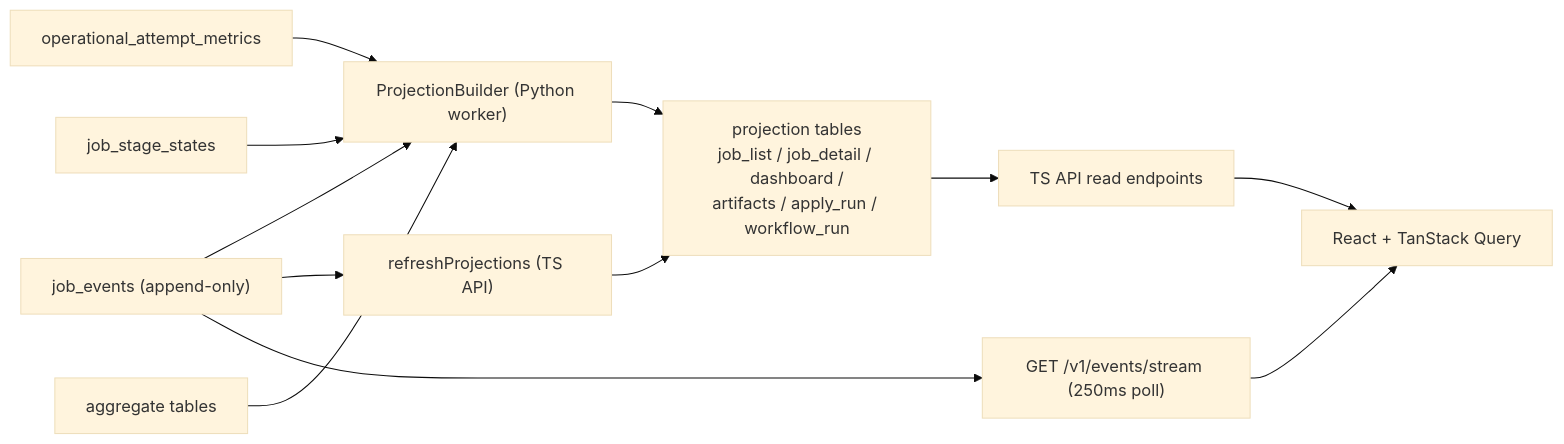
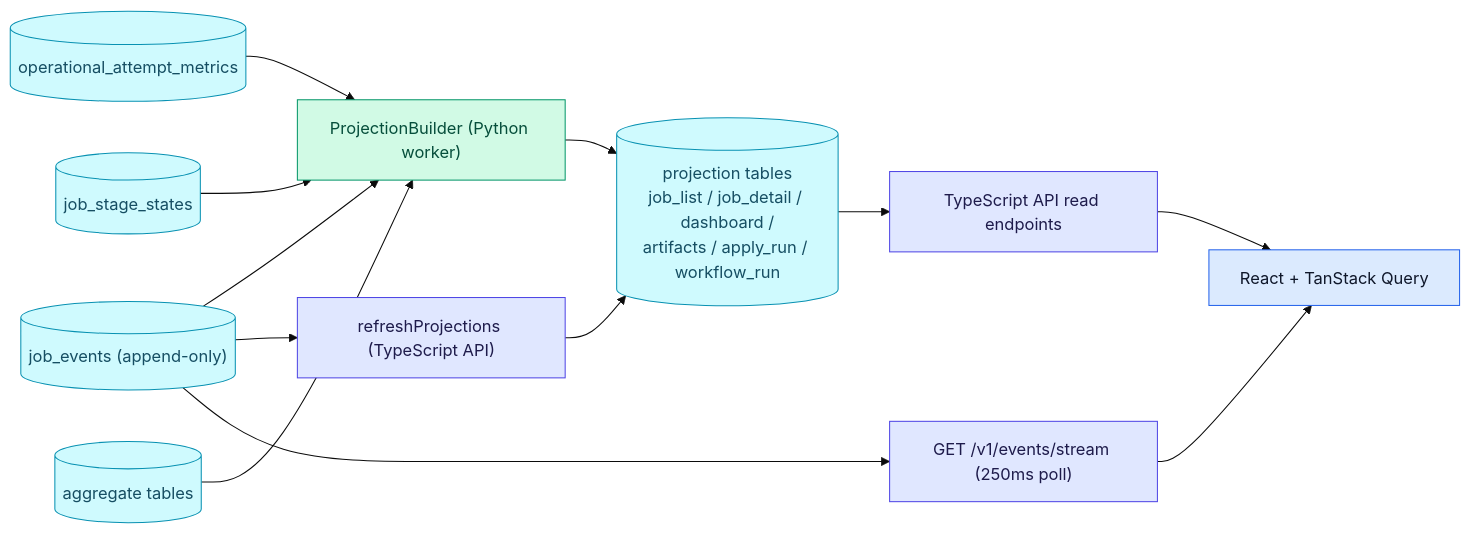
The diagram in docs/architecture/pipeline/operations.md (ebarti/JobCtrl), drawn with Mermaid (base theme) before and after one commit. The commit also changed other lines of this file and 57 other files, not shown here.

````diff
--- a/docs/architecture/pipeline/operations.md
+++ b/docs/architecture/pipeline/operations.md
@@ -99,25 +104,34 @@
 ```mermaid
 flowchart LR
-    Events["job_events (append-only)"]
-    Metrics["operational_attempt_metrics"]
-    Stages["job_stage_states"]
-    Agg["aggregate tables"]
+    Events[("job_events (append-only)")]
+    Metrics[("operational_attempt_metrics")]
+    Stages[("job_stage_states")]
+    Agg[("aggregate tables")]
     PB["ProjectionBuilder (Python worker)"]
-    RP["refreshProjections (TS API)"]
-    Proj["projection tables<br/>job_list / job_detail / dashboard /<br/>artifacts / apply_run / workflow_run"]
-    Api["TS API read endpoints"]
+    RP["refreshProjections (TypeScript API)"]
+    Proj[("projection tables<br/>job_list / job_detail / dashboard /<br/>artifacts / apply_run / workflow_run")]
+    Api["TypeScript API read endpoints"]
     SSE["GET /v1/events/stream (250ms poll)"]
     UI["React + TanStack Query"]
 
     Events --> PB
     Events --> RP
     Metrics --> PB
     Stages --> PB
     Agg --> PB
     PB --> Proj
     RP --> Proj
     Proj --> Api
     Events --> SSE
     Api --> UI
     SSE --> UI
+
+    classDef ui fill:#dbeafe,stroke:#2563eb,color:#0f172a
+    classDef ts fill:#e0e7ff,stroke:#4f46e5,color:#1e1b4b
+    classDef py fill:#d1fae5,stroke:#059669,color:#064e3b
+    classDef store fill:#cffafe,stroke:#0891b2,color:#164e63
+    class PB py
+    class RP,Api,SSE ts
+    class UI ui
+    class Events,Metrics,Stages,Agg,Proj store
 ```
````
